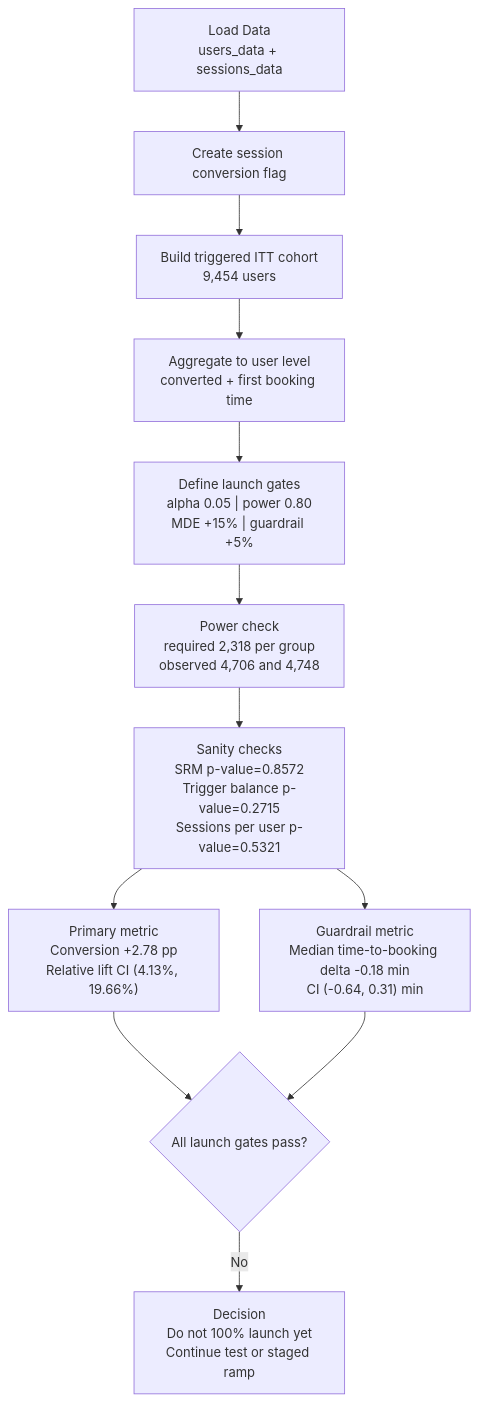
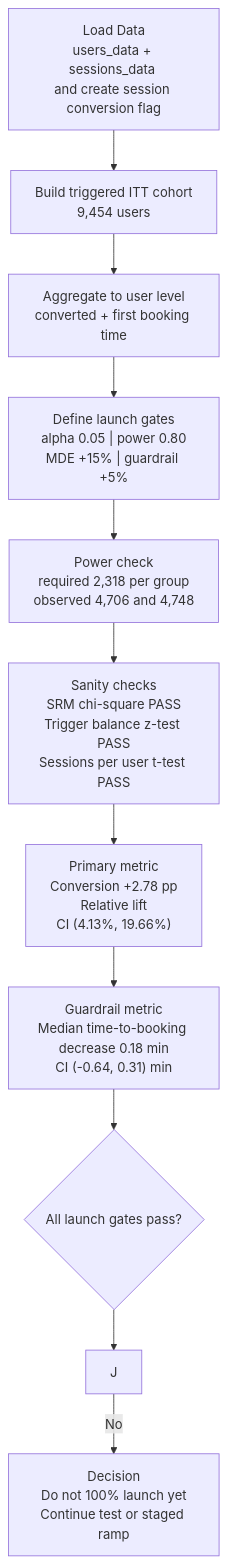
Before and after one commit to JielingChen/A-B-Test-Analysis_Search-Ranking-Algorithm-Rollout: the diagram in README.md, drawn with Mermaid. The commit also changed other lines of this file, not shown here.

````diff
--- a/README.md
+++ b/README.md
@@ -6,14 +6,13 @@
 ```mermaid
 flowchart TD
-    A["Load Data<br/>users_data + sessions_data"] --> B["Create session conversion flag"]
-    B --> C["Build triggered ITT cohort<br/>9,454 users"]
-    C --> D["Aggregate to user level<br/>converted + first booking time"]
-    D --> E["Define launch gates<br/>alpha 0.05 | power 0.80<br/>MDE +15% | guardrail +5%"]
-    E --> F["Power check<br/>required 2,318 per group<br/>observed 4,706 and 4,748"]
-    F --> G["Sanity checks<br/>SRM p-value=0.8572<br/>Trigger balance p-value=0.2715<br/>Sessions per user p-value=0.5321"]
-    G --> H["Primary metric<br/>Conversion +2.78 pp<br/>Relative lift CI (4.13%, 19.66%)"]
-    G --> I["Guardrail metric<br/>Median time-to-booking delta -0.18 min<br/>CI (-0.64, 0.31) min"]
-    H --> J{"All launch gates pass?"}
+    A["Load Data<br/>users_data + sessions_data <br/>and create session conversion flag"] --> B["Build triggered ITT cohort<br/>9,454 users"]
+    B --> C["Aggregate to user level<br/>converted + first booking time"]
+    C --> D["Define launch gates<br/>alpha 0.05 | power 0.80<br/>MDE +15% | guardrail +5%"]
+    D --> E["Power check<br/>required 2,318 per group<br/>observed 4,706 and 4,748"]
+    E --> F["Sanity checks<br/>SRM chi-square PASS<br/>Trigger balance z-test PASS<br/>Sessions per user t-test PASS"]
+    F --> G["Primary metric<br/>Conversion +2.78 pp<br/>Relative lift<br/>CI (4.13%, 19.66%)"]
+    G --> H["Guardrail metric<br/>Median time-to-booking decrease 0.18 min<br/>CI (-0.64, 0.31) min"]
+    H --> I{"All launch gates pass?"}
     I --> J
     J -->|No| K["Decision<br/>Do not 100% launch yet<br/>Continue test or staged ramp"]
 ```
````
